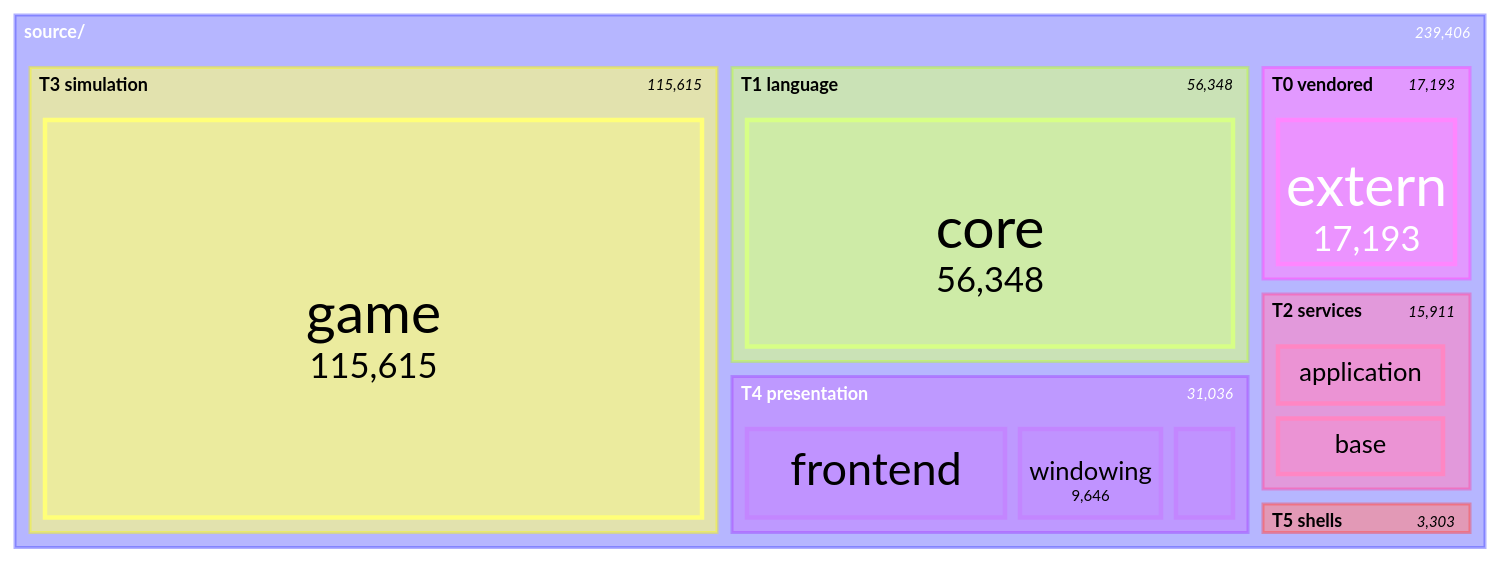
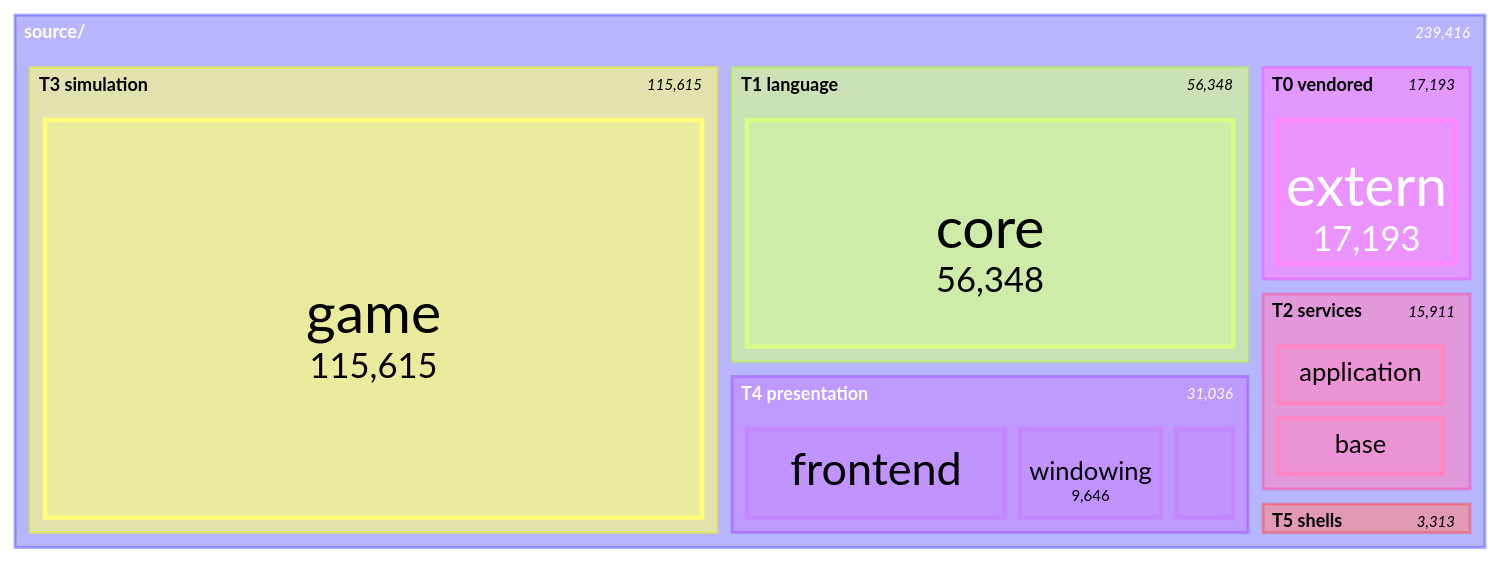
Before and after one commit to apnex/OpenStarbound: the seventh of 11 diagrams in docs/architecture/system-boundaries.md, drawn with Mermaid. The commit also changed other lines of this file and 5 other files, not shown here.

````diff
--- a/docs/architecture/system-boundaries.md
+++ b/docs/architecture/system-boundaries.md
@@ -592,22 +592,22 @@
 ```mermaid
 treemap-beta
 "source/"
     "T0 vendored"
         "extern": 17193
     "T1 language"
         "core": 56348
     "T2 services"
         "application": 7473
         "base": 7449
         "metrics": 847
         "platform": 142
     "T3 simulation"
         "game": 115615
     "T4 presentation"
         "frontend": 16863
         "windowing": 9646
         "rendering": 4527
     "T5 shells"
-        "client": 2520
+        "client": 2530
         "server": 783
 ```
````
